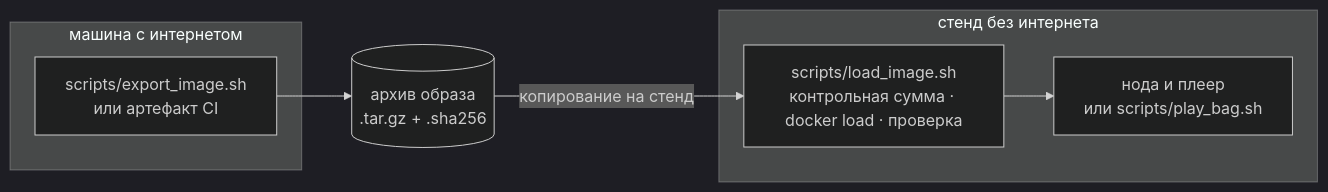
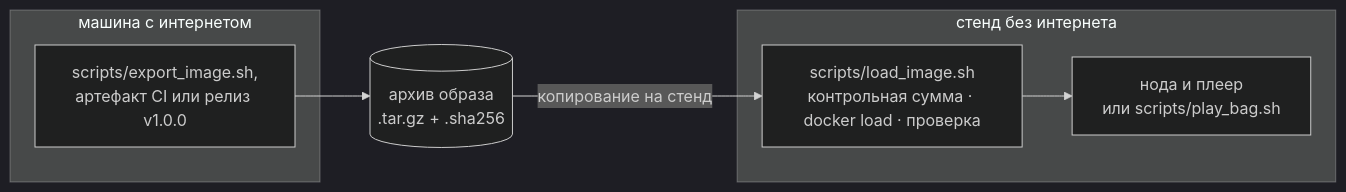
Before and after one commit to pmixay/ReSense: the diagram in gitbook/guides/offline-stand.md, drawn with Mermaid (dark theme). The commit also changed other lines of this file and 314 other files, not shown here.

````diff
--- a/gitbook/guides/offline-stand.md
+++ b/gitbook/guides/offline-stand.md
@@ -14,11 +14,11 @@
 ```mermaid
 flowchart LR
     subgraph NET["машина с интернетом"]
-        EXP["scripts/export_image.sh<br/>или артефакт CI"]
+        EXP["scripts/export_image.sh,<br/>артефакт CI или релиз v1.0.0"]
     end
     EXP --> ARCH[("архив образа<br/>.tar.gz + .sha256")]
     ARCH -- "копирование на стенд" --> LOAD
     subgraph STAND["стенд без интернета"]
         LOAD["scripts/load_image.sh<br/>контрольная сумма · docker load · проверка"] --> RUN["нода и плеер<br/>или scripts/play_bag.sh"]
     end
 ```
````
